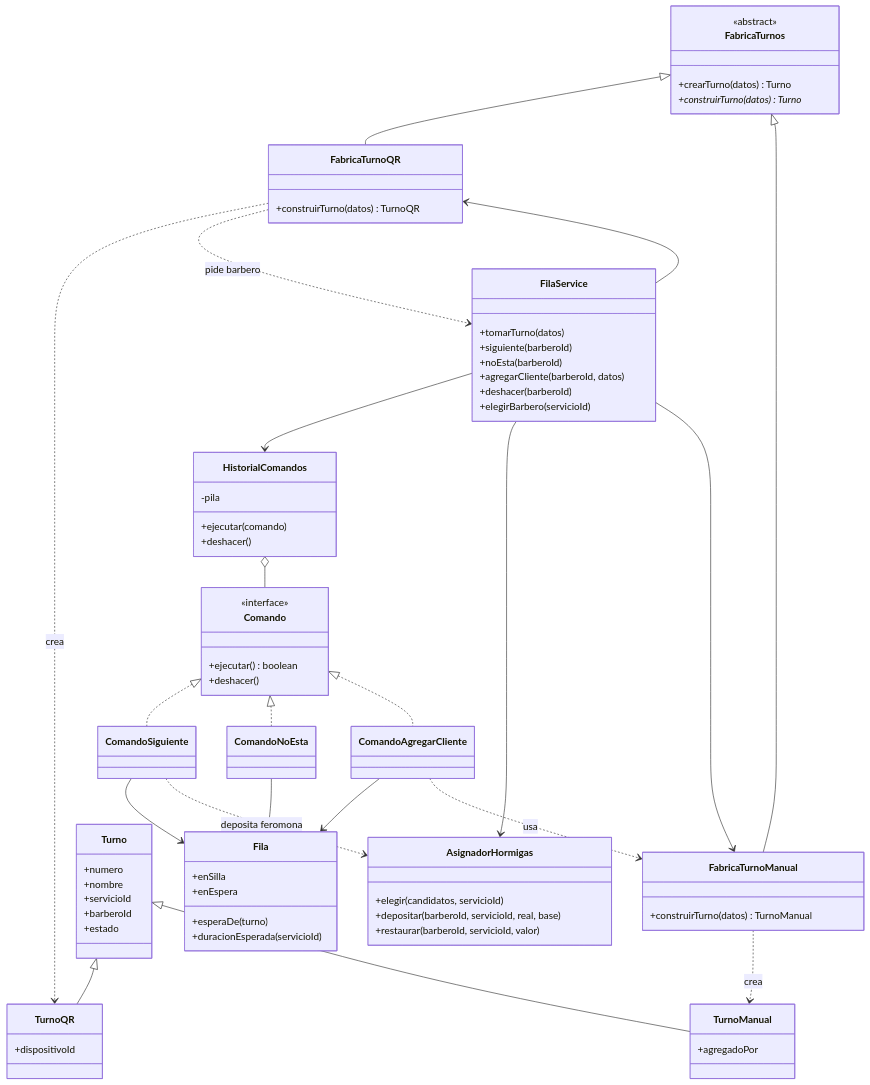
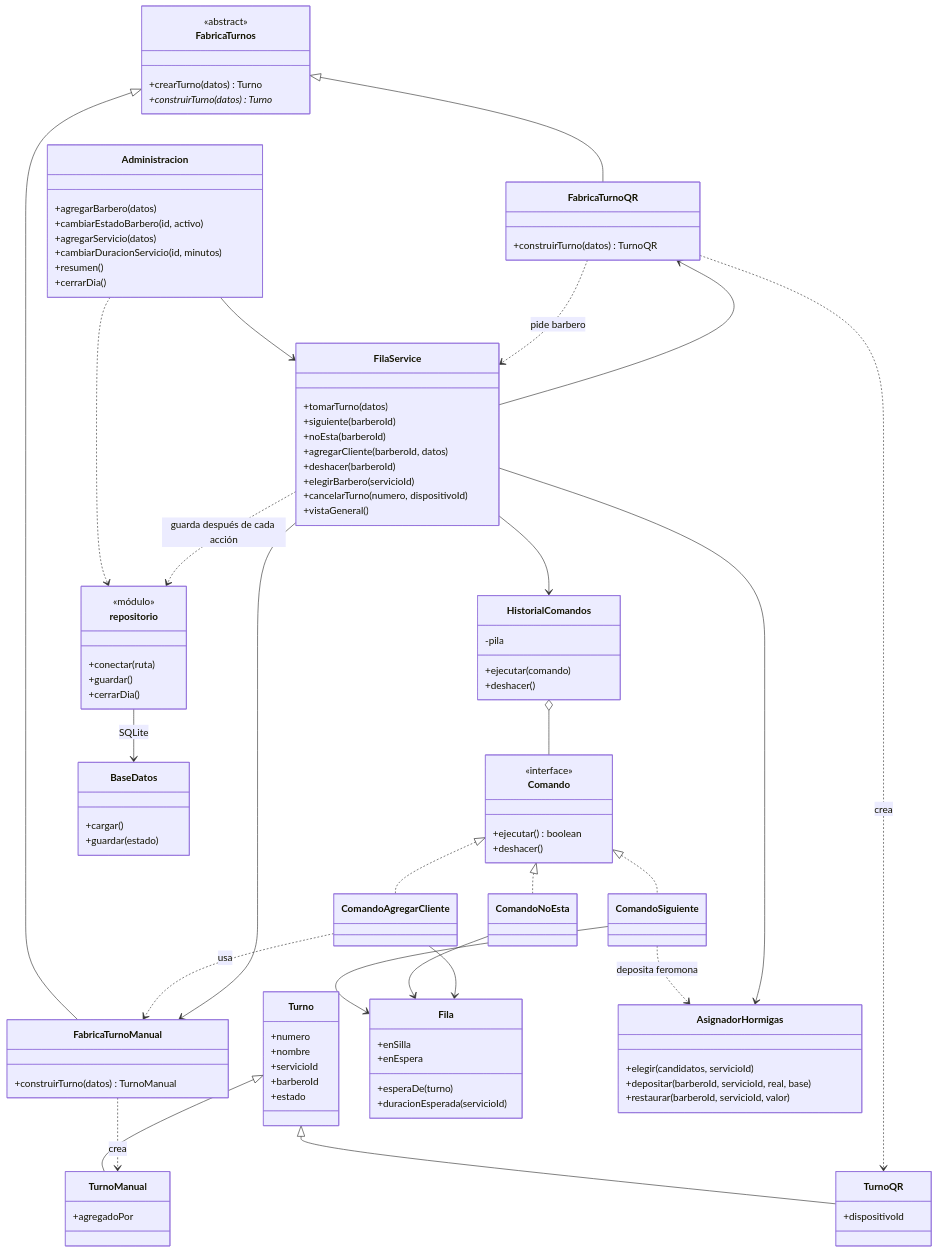
One commit to n-montenegro/cuantofalta changed the diagram in documentacion/diagramas/diagrama-clases.md. Above: the diagram before and after it, drawn with Mermaid.

Commit message:
docs: agregar Administracion y la base de datos al diagrama de clases

```diff
--- a/documentacion/diagramas/diagrama-clases.md
+++ b/documentacion/diagramas/diagrama-clases.md
@@ -51,12 +51,38 @@
     +agregarCliente(barberoId, datos)
     +deshacer(barberoId)
     +elegirBarbero(servicioId)
+    +cancelarTurno(numero, dispositivoId)
+    +vistaGeneral()
   }
   class AsignadorHormigas {
     +elegir(candidatos, servicioId)
     +depositar(barberoId, servicioId, real, base)
     +restaurar(barberoId, servicioId, valor)
   }
+
+  class Administracion {
+    +agregarBarbero(datos)
+    +cambiarEstadoBarbero(id, activo)
+    +agregarServicio(datos)
+    +cambiarDuracionServicio(id, minutos)
+    +resumen()
+    +cerrarDia()
+  }
+  class repositorio {
+    <<módulo>>
+    +conectar(ruta)
+    +guardar()
+    +cerrarDia()
+  }
+  class BaseDatos {
+    +cargar()
+    +guardar(estado)
+  }
+
+  Administracion --> FilaService
+  Administracion ..> repositorio
+  FilaService ..> repositorio : guarda después de cada acción
+  repositorio --> BaseDatos : SQLite
 
   FabricaTurnos <|-- FabricaTurnoQR
   FabricaTurnos <|-- FabricaTurnoManual
```
